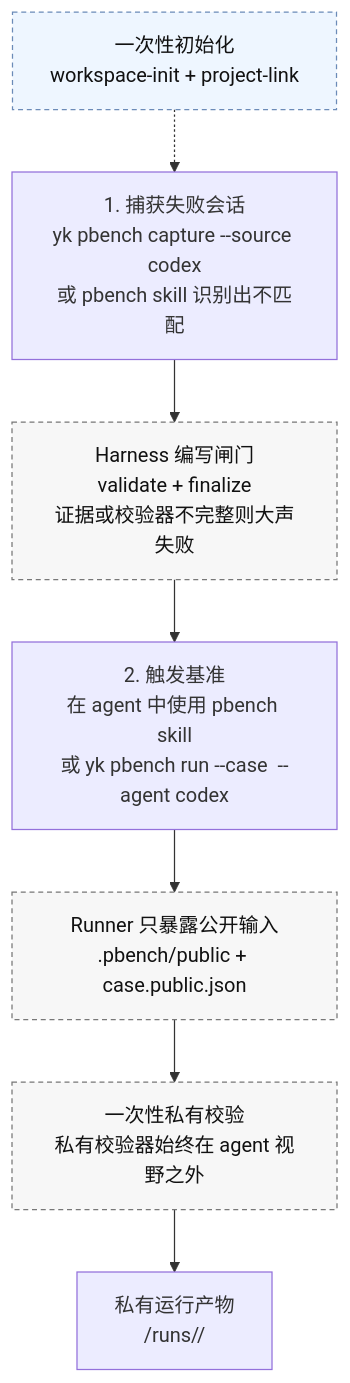
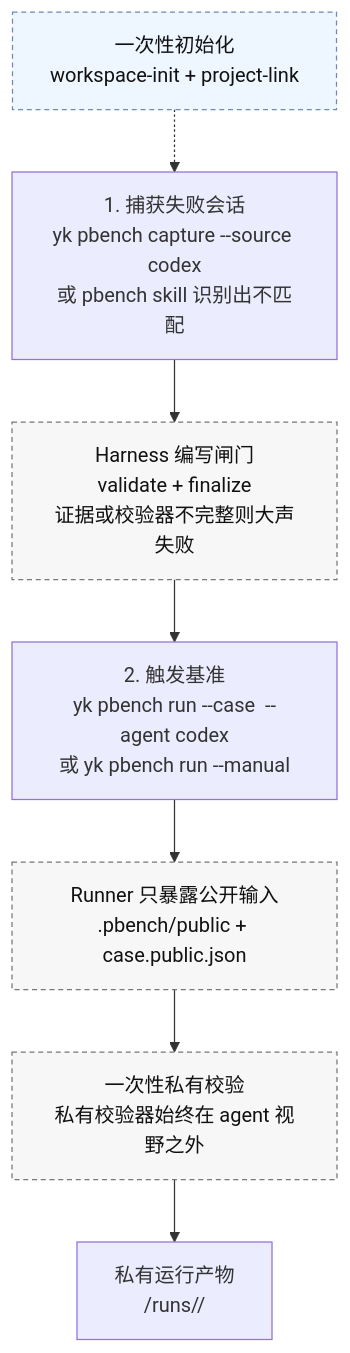
Before and after one commit to Yaphet2015/ya-skills: the diagram in README.zh-CN.md, drawn with Mermaid. The commit also changed other lines of this file and 5 other files, not shown here.

Commit message:
docs(pbench): align cross-agent workflows

````diff
--- a/README.zh-CN.md
+++ b/README.zh-CN.md
@@ -152,16 +152,16 @@
 ```mermaid
 flowchart TD
   setup["一次性初始化<br/>workspace-init + project-link"]:::support
   capture["1. 捕获失败会话<br/>yk pbench capture --source codex<br/>或 pbench skill 识别出不匹配"]
   authoring["Harness 编写闸门<br/>validate + finalize<br/>证据或校验器不完整则大声失败"]:::internal
-  trigger["2. 触发基准<br/>在 agent 中使用 pbench skill<br/>或 yk pbench run --case <case> --agent codex"]
+  trigger["2. 触发基准<br/>yk pbench run --case <case> --agent codex<br/>或 yk pbench run --manual"]
   capsule["Runner 只暴露公开输入<br/>.pbench/public + case.public.json"]:::internal
   validate["一次性私有校验<br/>私有校验器始终在 agent 视野之外"]:::internal
   results["私有运行产物<br/><workspace>/runs/<run-id>/"]
 
   setup -.-> capture
   capture --> authoring --> trigger --> capsule --> validate --> results
 
   classDef support fill:#eef6ff,stroke:#6b8bb8,color:#111,stroke-dasharray: 4 3
   classDef internal fill:#f7f7f7,stroke:#777,color:#111,stroke-dasharray: 4 3
 ```
````
